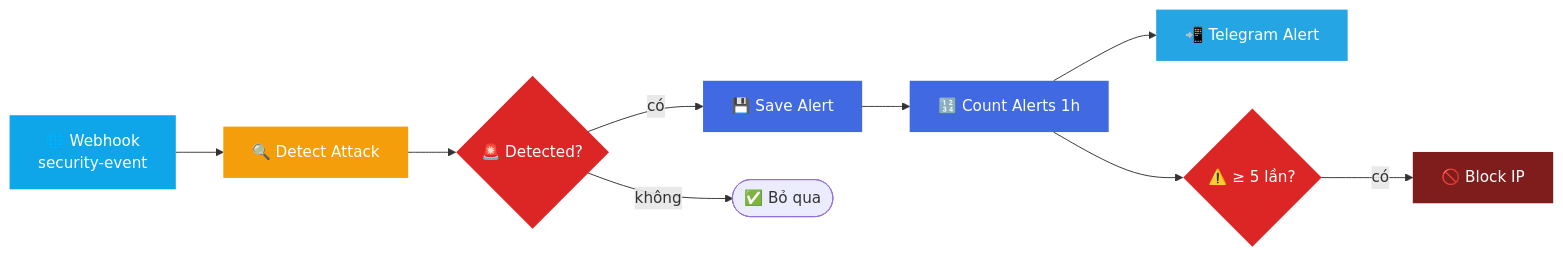
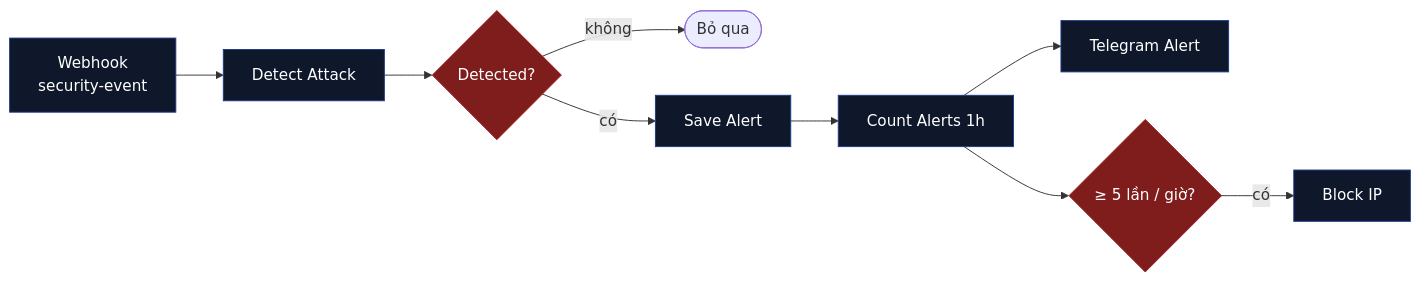
The second of 2 diagrams in README.md (Chamm286/riceguard), drawn with Mermaid before and after one commit. The commit also changed other lines of this file, not shown here.

```diff
--- a/README.md
+++ b/README.md
@@ -94,20 +91,16 @@
 ~~~mermaid
 flowchart LR
-    A[🌐 Webhook<br/>security-event] --> B[🔍 Detect Attack]
-    B --> C{🚨 Detected?}
-    C -- có --> D[💾 Save Alert]
-    C -- không --> Z([✅ Bỏ qua])
-    D --> E[🔢 Count Alerts 1h]
-    E --> F[📲 Telegram Alert]
-    E --> G{⚠️ ≥ 5 lần?}
-    G -- có --> H[🚫 Block IP]
+    A[Webhook<br/>security-event] --> B[Detect Attack]
+    B --> C{Detected?}
+    C -- không --> Z([Bỏ qua])
+    C -- có --> D[Save Alert]
+    D --> E[Count Alerts 1h]
+    E --> F[Telegram Alert]
+    E --> G{≥ 5 lần / giờ?}
+    G -- có --> H[Block IP]
 
-    style A fill:#0ea5e9,color:#fff,stroke:none
-    style B fill:#f59e0b,color:#fff,stroke:none
-    style C fill:#dc2626,color:#fff,stroke:none
-    style D fill:#4169E1,color:#fff,stroke:none
-    style E fill:#4169E1,color:#fff,stroke:none
-    style F fill:#26A5E4,color:#fff,stroke:none
-    style G fill:#dc2626,color:#fff,stroke:none
-    style H fill:#7f1d1d,color:#fff,stroke:none
+    classDef n fill:#0f172a,color:#fff,stroke:#1e3a8a
+    classDef d fill:#7f1d1d,color:#fff,stroke:#991b1b
+    class A,B,D,E,F,H n
+    class C,G d
 ~~~
```
